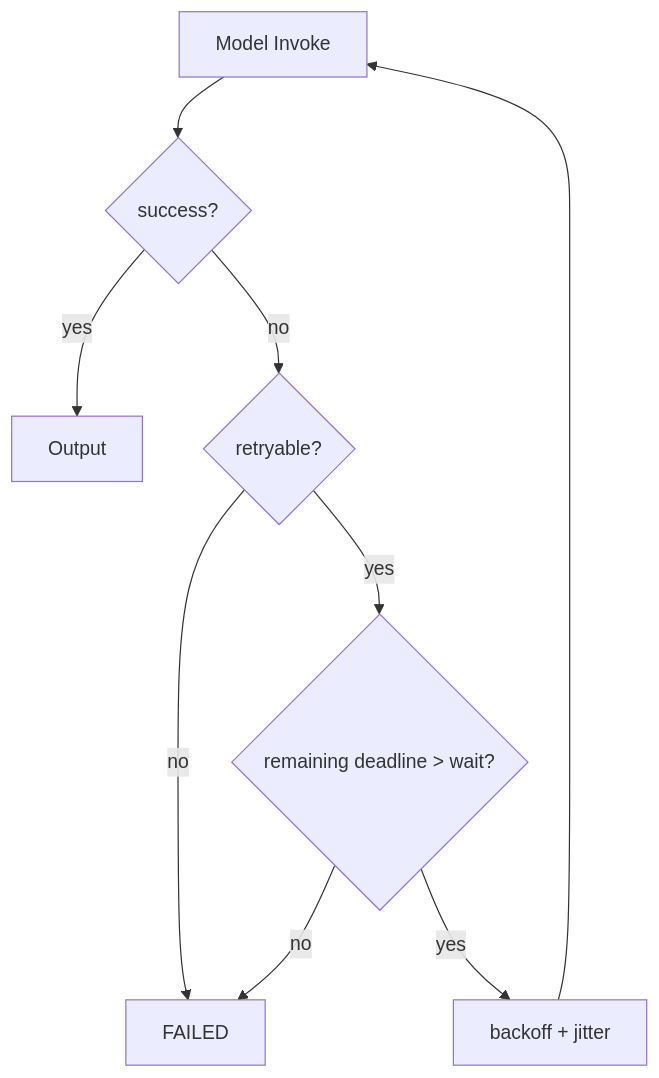
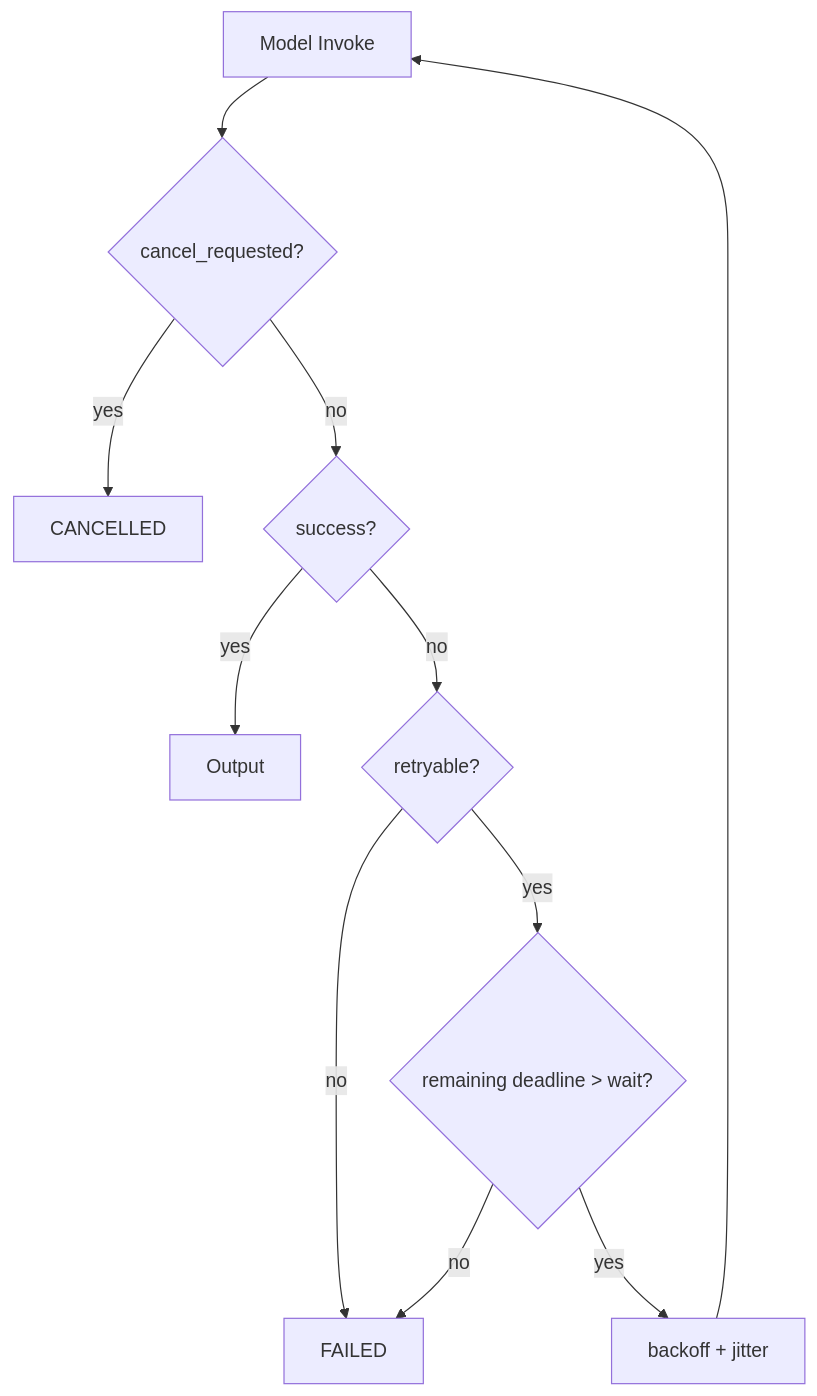
Before and after one commit to Michaelxwb/fluxion-harness: diagram 14 of 22 in docs/08-关键流程时序与状态机详细设计.md, drawn with Mermaid. The commit also changed other lines of this file and 55 other files, not shown here.

````diff
--- a/docs/08-关键流程时序与状态机详细设计.md
+++ b/docs/08-关键流程时序与状态机详细设计.md
@@ -370,11 +387,13 @@
 ```mermaid
 flowchart TD
-    I[Model Invoke] --> S{success?}
+    I[Model Invoke] --> C{cancel_requested?}
+    C -->|yes| X[CANCELLED]
+    C -->|no| S{success?}
     S -->|yes| O[Output]
     S -->|no| R{retryable?}
     R -->|no| F[FAILED]
     R -->|yes| T{remaining deadline > wait?}
     T -->|no| F
     T -->|yes| B[backoff + jitter]
     B --> I
 ```
````
